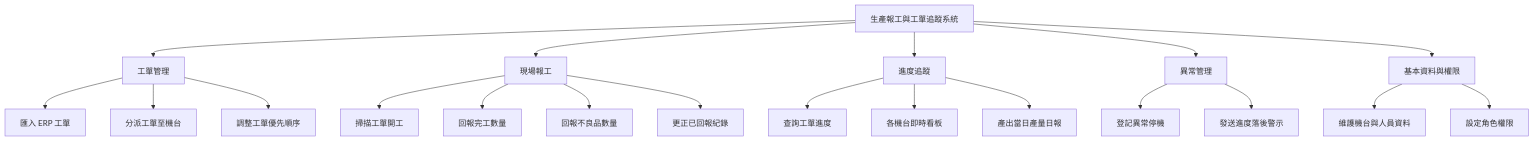
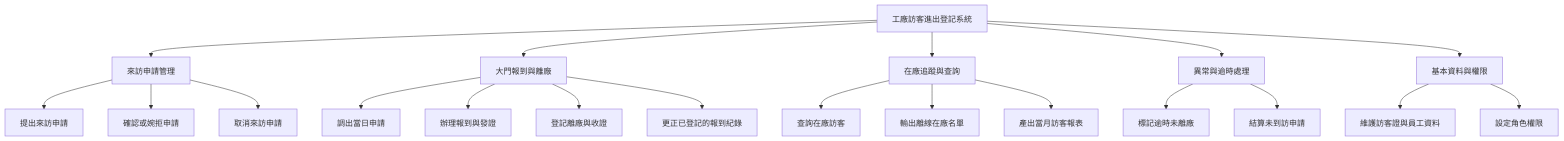
Before and after one commit to billy1125/system-analysis-and-design: the second of 4 diagrams in 01-Course-Materials/05-Functional-Analysis.md, drawn with Mermaid. The commit also changed other lines of this file and 30 other files, not shown here.

````diff
--- a/01-Course-Materials/05-Functional-Analysis.md
+++ b/01-Course-Materials/05-Functional-Analysis.md
@@ -174,29 +172,29 @@
 ```mermaid
 flowchart TD
-    S[生產報工與工單追蹤系統]
+    S[工廠訪客進出登記系統]
 
-    S --> M1[工單管理]
-    S --> M2[現場報工]
-    S --> M3[進度追蹤]
-    S --> M4[異常管理]
+    S --> M1[來訪申請管理]
+    S --> M2[大門報到與離廠]
+    S --> M3[在廠追蹤與查詢]
+    S --> M4[異常與逾時處理]
     S --> M5[基本資料與權限]
 
-    M1 --> F11[匯入 ERP 工單]
-    M1 --> F12[分派工單至機台]
-    M1 --> F13[調整工單優先順序]
+    M1 --> F11[提出來訪申請]
+    M1 --> F12[確認或婉拒申請]
+    M1 --> F13[取消來訪申請]
 
-    M2 --> F21[掃描工單開工]
-    M2 --> F22[回報完工數量]
-    M2 --> F23[回報不良品數量]
-    M2 --> F24[更正已回報紀錄]
+    M2 --> F21[調出當日申請]
+    M2 --> F22[辦理報到與發證]
+    M2 --> F23[登記離廠與收證]
+    M2 --> F24[更正已登記的報到紀錄]
 
-    M3 --> F31[查詢工單進度]
-    M3 --> F32[各機台即時看板]
-    M3 --> F33[產出當日產量日報]
+    M3 --> F31[查詢在廠訪客]
+    M3 --> F32[輸出離線在廠名單]
+    M3 --> F33[產出當月訪客報表]
 
-    M4 --> F41[登記異常停機]
-    M4 --> F42[發送進度落後警示]
+    M4 --> F41[標記逾時未離廠]
+    M4 --> F42[結算未到訪申請]
 
-    M5 --> F51[維護機台與人員資料]
+    M5 --> F51[維護訪客證與員工資料]
     M5 --> F52[設定角色權限]
 ```
````
